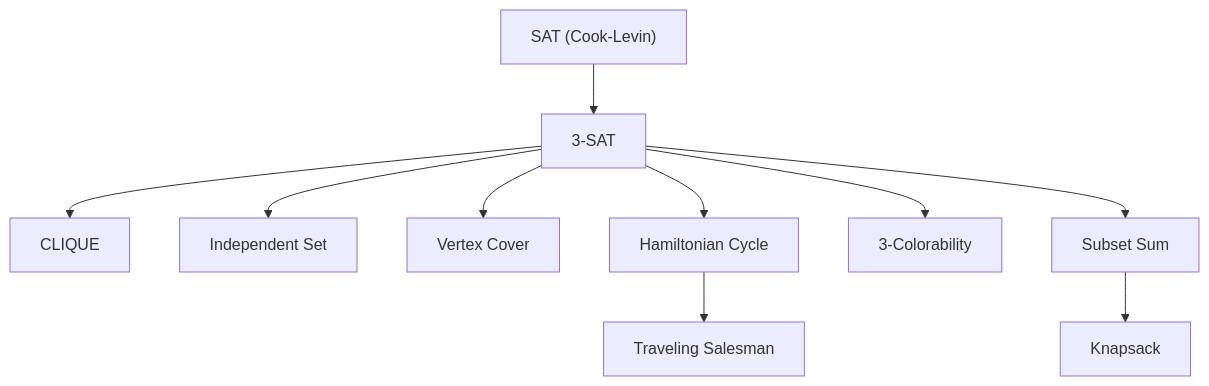
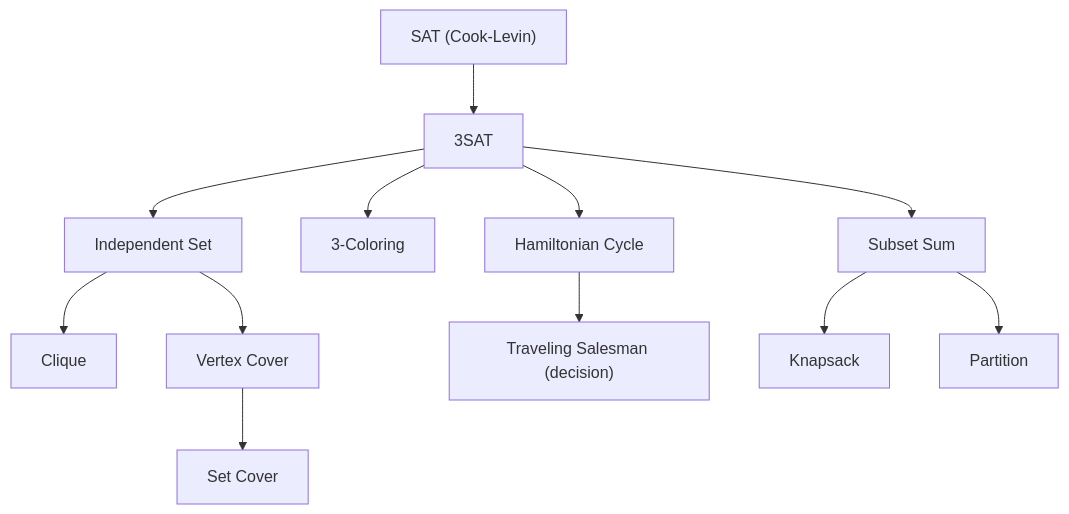
Before and after one commit to AndrewAltimit/Documentation: the third of 5 diagrams in github-pages/docs/advanced/complexity-theory.md, drawn with Mermaid. The commit also changed other lines of this file and 240 other files, not shown here.

````diff
--- a/github-pages/docs/advanced/complexity-theory.md
+++ b/github-pages/docs/advanced/complexity-theory.md
@@ -212,12 +195,14 @@
 ```mermaid
 flowchart TD
-    SAT["SAT (Cook-Levin)"] --> T3["3-SAT"]
-    T3 --> CLIQUE["CLIQUE"]
+    SAT["SAT (Cook-Levin)"] --> T3["3SAT"]
     T3 --> IS["Independent Set"]
-    T3 --> VC["Vertex Cover"]
+    IS --> CLIQUE["Clique"]
+    IS --> VC["Vertex Cover"]
+    VC --> SC["Set Cover"]
+    T3 --> COL["3-Coloring"]
     T3 --> HAM["Hamiltonian Cycle"]
-    HAM --> TSP["Traveling Salesman"]
-    T3 --> 3COL["3-Colorability"]
-    T3 --> SUBSET["Subset Sum"]
-    SUBSET --> KNAP["Knapsack"]
+    HAM --> TSP["Traveling Salesman (decision)"]
+    T3 --> SS["Subset Sum"]
+    SS --> KNAP["Knapsack"]
+    SS --> PART["Partition"]
 ```
````
